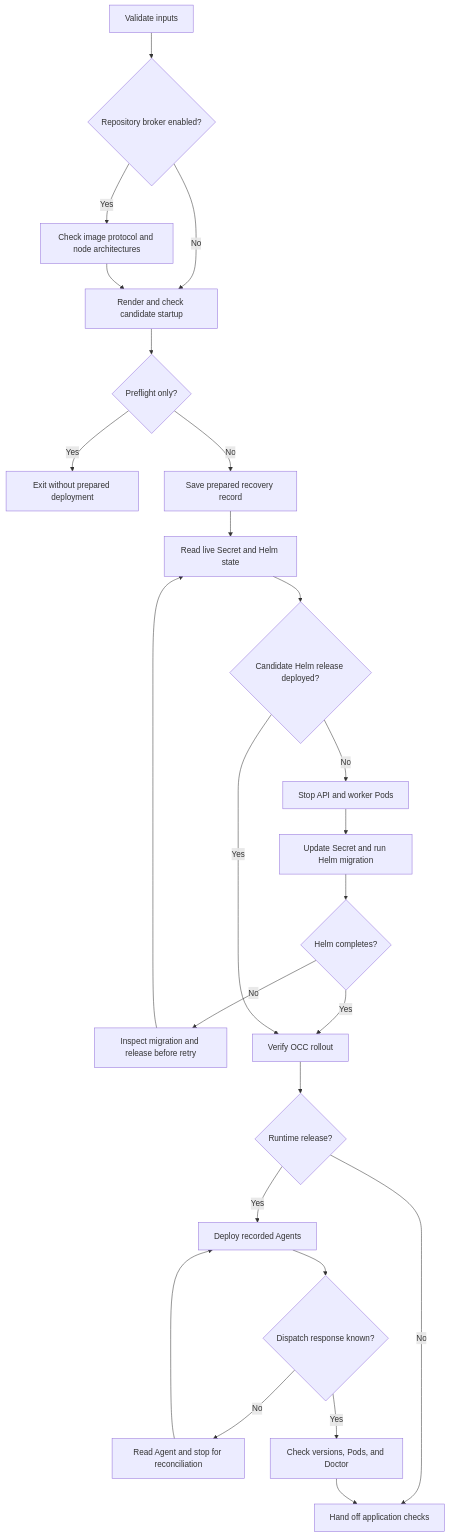
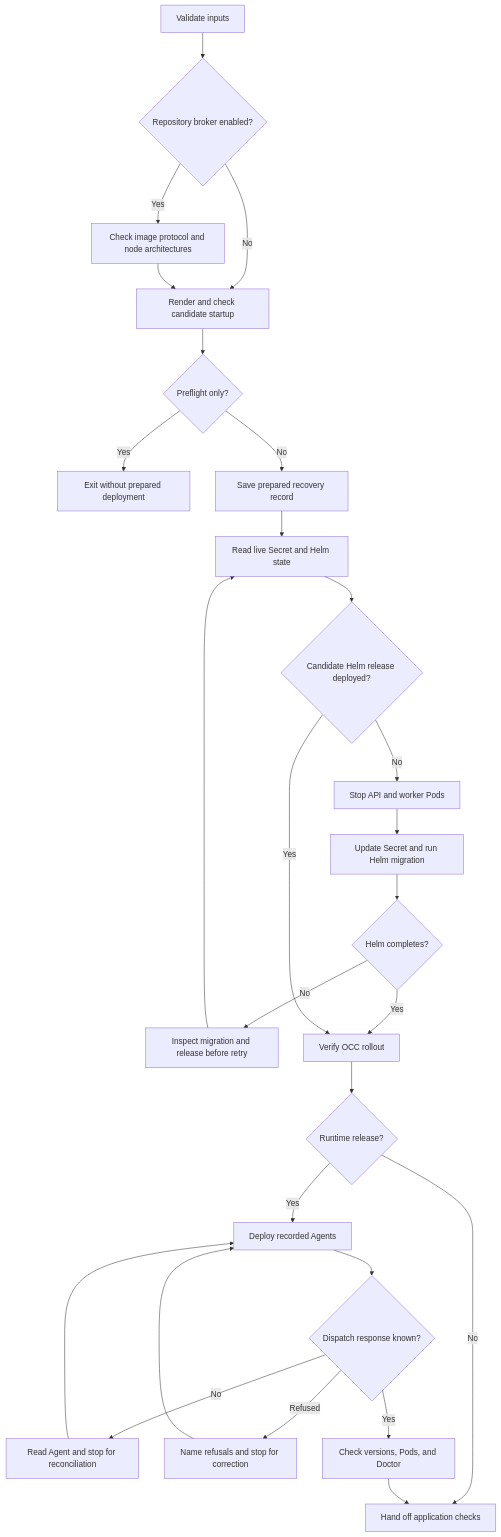
Before and after one commit to RaymondMcCreesh/openclaw-enterprise: the diagram in docs/flows/coordinated-production-upgrade.md, drawn with Mermaid. The commit also changed other lines of this file and 5 other files, not shown here.

First line of the commit message:
fix(upgrade): name refused agent deploys and keep doctor from oom-killing the gateway (#3821)

````diff
--- a/docs/flows/coordinated-production-upgrade.md
+++ b/docs/flows/coordinated-production-upgrade.md
@@ -31,27 +31,29 @@
 ```mermaid
 graph TD
     A["Validate inputs"] --> Q{"Repository broker enabled?"}
     Q -->|Yes| P["Check image protocol and node architectures"]
     Q -->|No| B["Render and check candidate startup"]
     P --> B
     B --> R{"Preflight only?"}
     R -->|Yes| S["Exit without prepared deployment"]
     R -->|No| T["Save prepared recovery record"]
     T --> C["Read live Secret and Helm state"]
     C --> D{"Candidate Helm release deployed?"}
     D -->|No| E["Stop API and worker Pods"]
     E --> F["Update Secret and run Helm migration"]
     F --> G{"Helm completes?"}
     G -->|No| H["Inspect migration and release before retry"]
     H --> C
     G -->|Yes| I["Verify OCC rollout"]
     D -->|Yes| I
     I --> J{"Runtime release?"}
     J -->|No| K["Hand off application checks"]
     J -->|Yes| L["Deploy recorded Agents"]
     L --> M{"Dispatch response known?"}
     M -->|No| N["Read Agent and stop for reconciliation"]
     N --> L
+    M -->|Refused| U["Name refusals and stop for correction"]
+    U --> L
     M -->|Yes| O["Check versions, Pods, and Doctor"]
     O --> K
 ```
````
